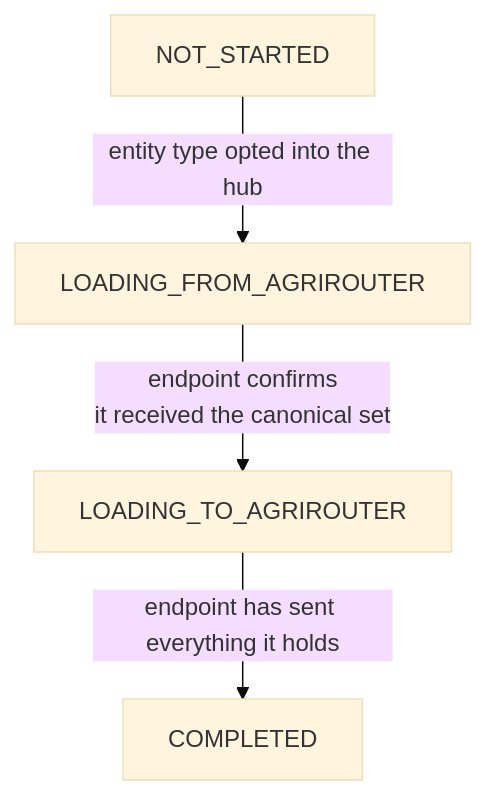
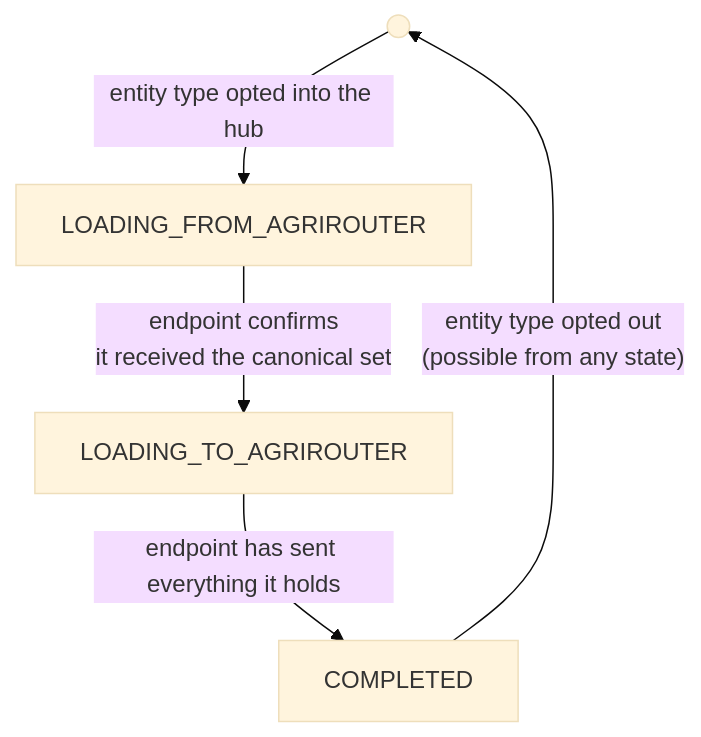
Before and after one commit to DKE-Data/masterdata-sync-working-group: the first of 3 diagrams in architecture/06-initial-load.md, drawn with Mermaid (base theme). The commit also changed other lines of this file and 2 other files, not shown here.

````diff
--- a/architecture/06-initial-load.md
+++ b/architecture/06-initial-load.md
@@ -27,12 +27,13 @@
 ```mermaid
 flowchart TB
-    NS["NOT_STARTED"]
+    START(( ))
     LF["LOADING_FROM_AGRIROUTER"]
     LT["LOADING_TO_AGRIROUTER"]
     C["COMPLETED"]
-    NS -->|"entity type opted into the hub"| LF
+    START -->|"entity type opted into the hub"| LF
     LF -->|"endpoint confirms<br/>it received the canonical set"| LT
     LT -->|"endpoint has sent everything it holds"| C
+    C -->|"entity type opted out<br/>(possible from any state)"| START
     %% ceasg:{"id":"adkxr9hx"} %%
-    %% mermaid-flow:pos NS=198,82 LF=401,176 LT=402,276 C=198,378
+    %% mermaid-flow:pos START=198,82 LF=401,176 LT=402,276 C=198,378
 ```
````
